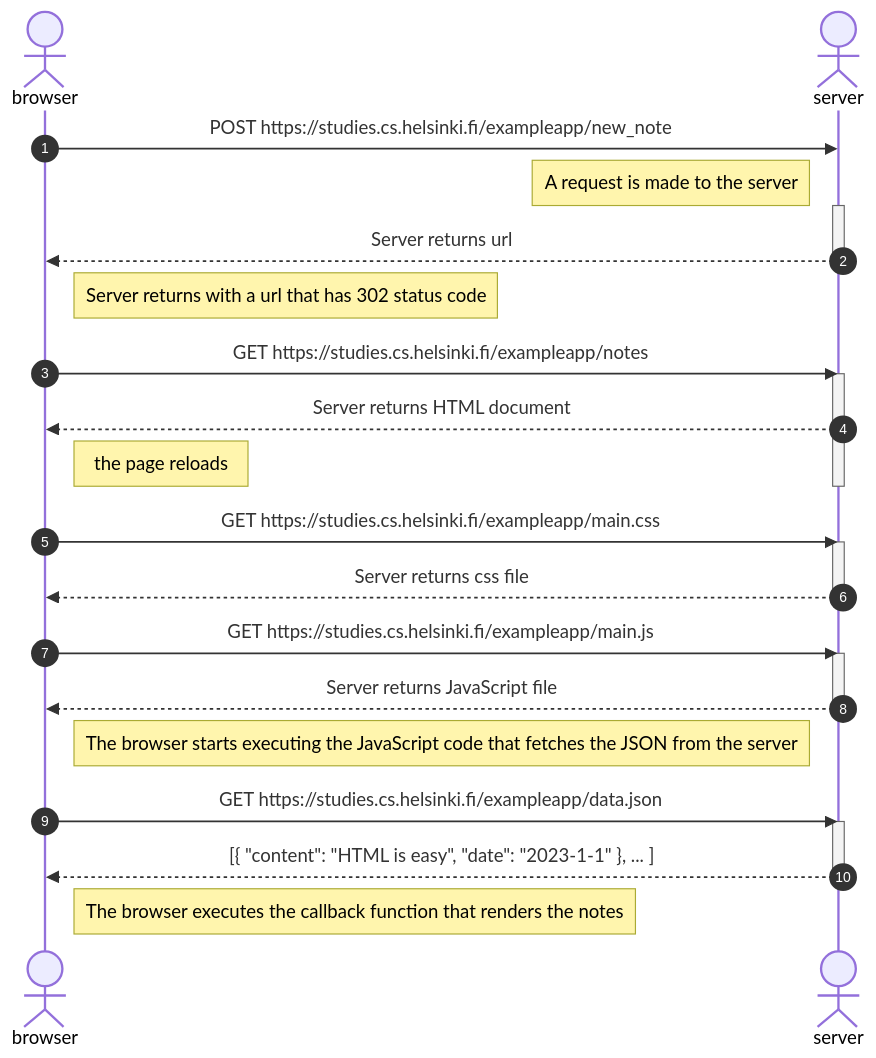
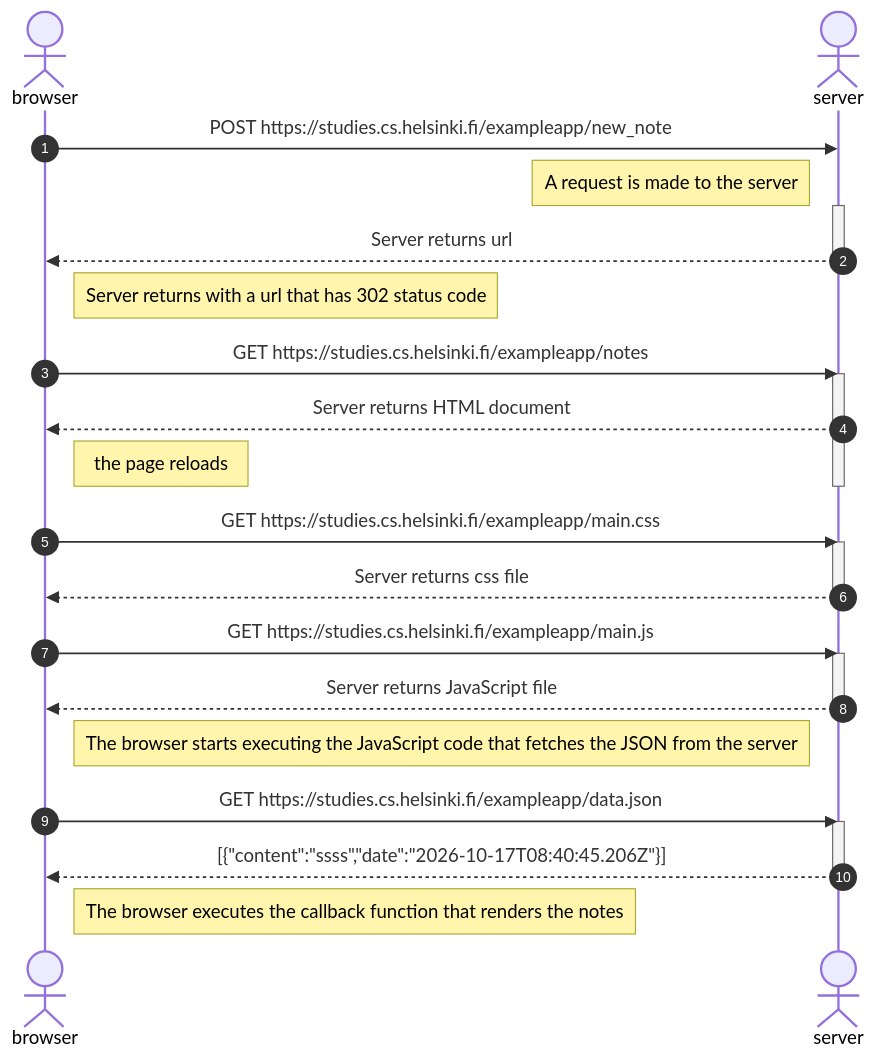
Before and after one commit to vinnoangel/FullStackOpen: the diagram in parto/NewNoteDiagram/sequence.md, drawn with Mermaid.

Commit message:
updated exercise 4 of part0

````diff
--- a/parto/NewNoteDiagram/sequence.md
+++ b/parto/NewNoteDiagram/sequence.md
@@ -1,38 +1,38 @@
 ```mermaid
 sequenceDiagram
     autonumber
     actor browser
     actor server
 
     browser->>server: POST https://studies.cs.helsinki.fi/exampleapp/new_note
     Note left of server: A request is made to the server
     activate server
     server-->>browser: Server returns url
     deactivate server
     Note right of browser: Server returns with a url that has 302 status code
 
     browser->>server: GET https://studies.cs.helsinki.fi/exampleapp/notes
     activate server
     server-->>browser: Server returns HTML document
     Note right of browser: the page reloads
     deactivate server
 
     browser->>server: GET https://studies.cs.helsinki.fi/exampleapp/main.css
     activate server
     server-->>browser: Server returns css file
     deactivate server
 
     browser->>server: GET https://studies.cs.helsinki.fi/exampleapp/main.js
     activate server
     server-->>browser: Server returns JavaScript file
     deactivate server
 
     Note right of browser: The browser starts executing the JavaScript code that fetches the JSON from the server
 
     browser->>server: GET https://studies.cs.helsinki.fi/exampleapp/data.json
     activate server
-    server-->>browser: [{ "content": "HTML is easy", "date": "2023-1-1" }, ... ]
+    server-->>browser: [{"content":"ssss","date":"2026-10-17T08:40:45.206Z"}]
     deactivate server
 
     Note right of browser: The browser executes the callback function that renders the notes
 ```
````
